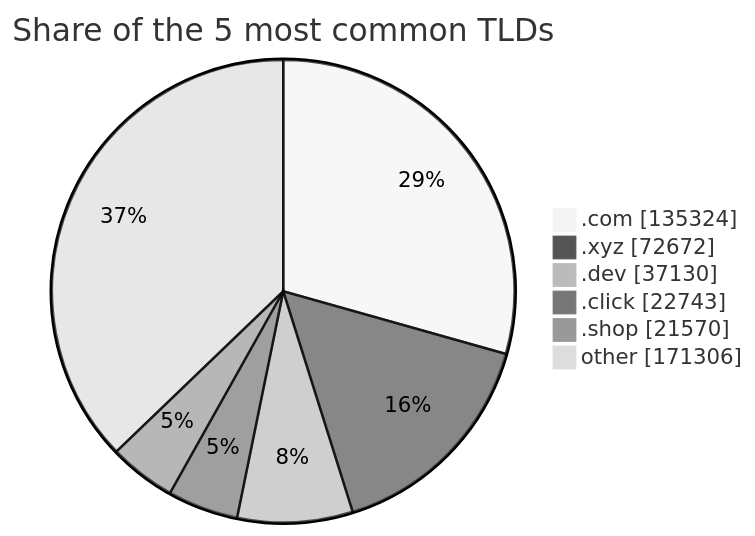
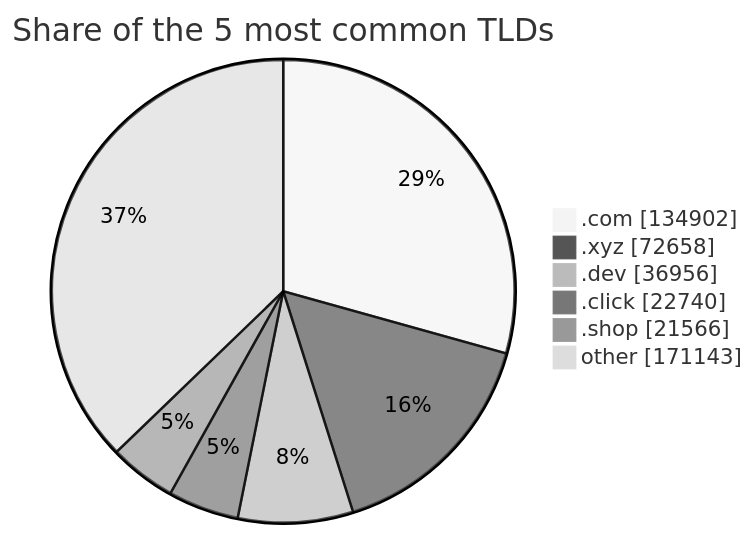
The third of 3 diagrams in README.md (DNSBunker/CTI), drawn with Mermaid (neutral theme) before and after one commit. The commit also changed other lines of this file and 3 other files, not shown here.

````diff
--- a/README.md
+++ b/README.md
@@ -81,9 +81,9 @@
 ```mermaid
 pie showData title Share of the 5 most common TLDs
-    ".com" : 135324
-    ".xyz" : 72672
-    ".dev" : 37130
-    ".click" : 22743
-    ".shop" : 21570
-    "other" : 171306
+    ".com" : 134902
+    ".xyz" : 72658
+    ".dev" : 36956
+    ".click" : 22740
+    ".shop" : 21566
+    "other" : 171143
 ```
````
